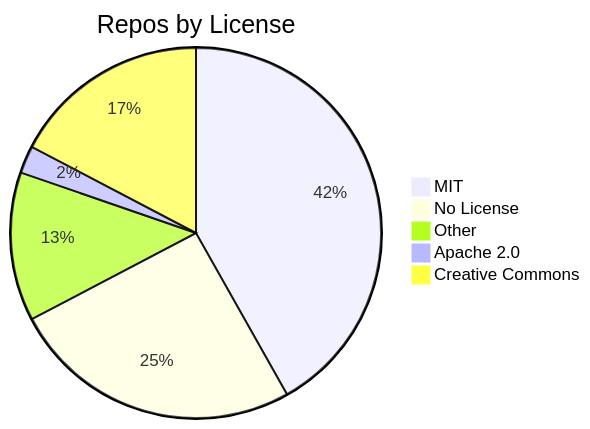
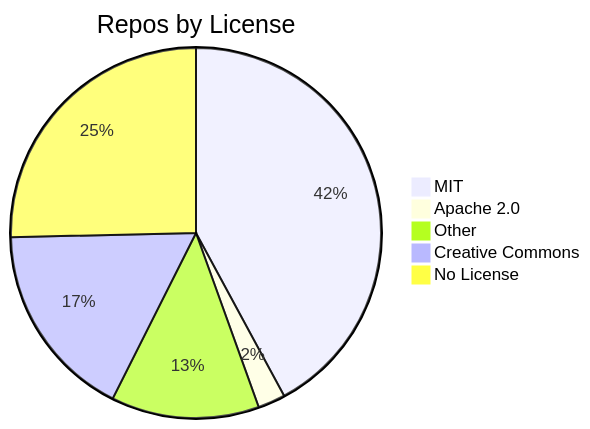
Before and after one commit to jpatterson933/awesome-mcp-server-repo-index: the diagram in README.md, drawn with Mermaid. The commit also changed other lines of this file and 7 other files, not shown here.

````diff
--- a/README.md
+++ b/README.md
@@ -31,8 +31,8 @@
 ```mermaid
 pie title Repos by License
-    "MIT" : 87
+    "MIT" : 88
+    "Apache 2.0" : 5
+    "Other" : 27
+    "Creative Commons" : 36
     "No License" : 53
-    "Other" : 27
-    "Apache 2.0" : 5
-    "Creative Commons" : 36
 ```
````
